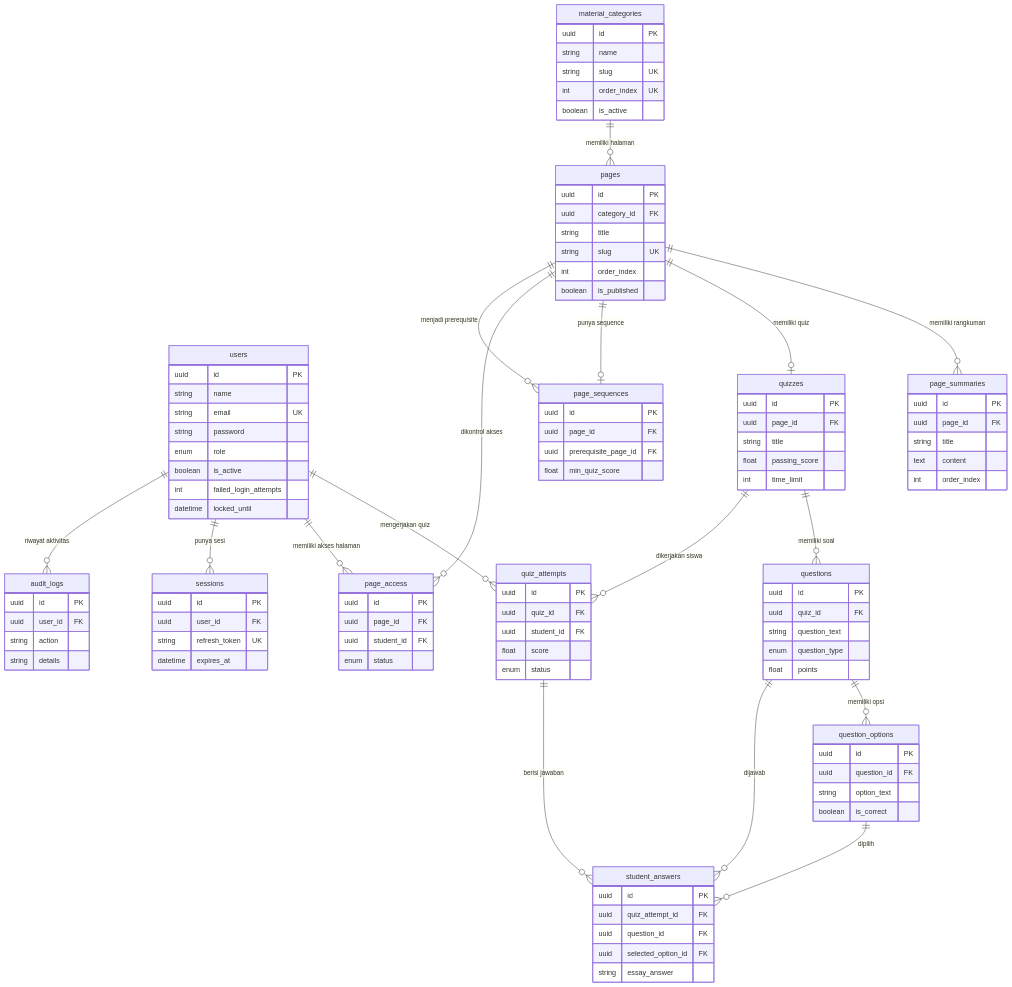
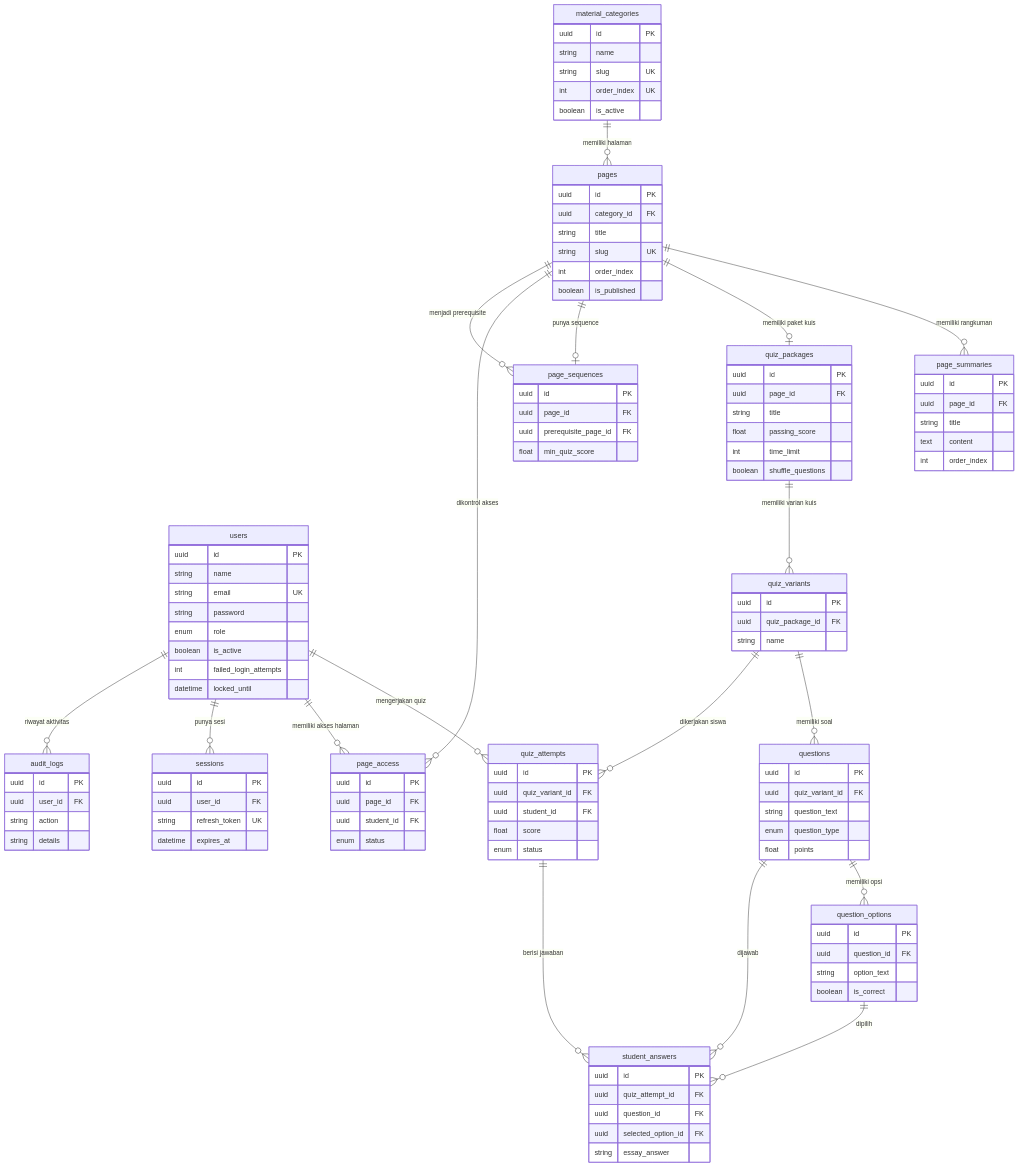
One commit to farhanyp/html-11-rpl-2 changed the first of 3 diagrams in docs/ERD_LMS.md. Above: the diagram before and after it, drawn with Mermaid. The commit also changed other lines of this file and 82 other files, not shown here.

```diff
--- a/docs/ERD_LMS.md
+++ b/docs/ERD_LMS.md
@@ -259,13 +269,14 @@
     material_categories ||--o{ pages : "memiliki halaman"
 
     pages ||--o{ page_summaries : "memiliki rangkuman"
-    pages ||--o| quizzes : "memiliki quiz"
+    pages ||--o| quiz_packages : "memiliki paket kuis"
+    quiz_packages ||--o{ quiz_variants : "memiliki varian kuis"
     pages ||--o| page_sequences : "punya sequence"
     pages ||--o{ page_access : "dikontrol akses"
     pages ||--o{ page_sequences : "menjadi prerequisite"
 
-    quizzes ||--o{ questions : "memiliki soal"
-    quizzes ||--o{ quiz_attempts : "dikerjakan siswa"
+    quiz_variants ||--o{ questions : "memiliki soal"
+    quiz_variants ||--o{ quiz_attempts : "dikerjakan siswa"
 
     questions ||--o{ question_options : "memiliki opsi"
     questions ||--o{ student_answers : "dijawab"
@@ -330,17 +341,23 @@
         float min_quiz_score
     }
 
-    quizzes {
+    quiz_packages {
         uuid id PK
         uuid page_id FK
         string title
         float passing_score
         int time_limit
+        boolean shuffle_questions    }
+
+    quiz_variants {
+        uuid id PK
+        uuid quiz_package_id FK
+        string name
     }
 
     questions {
         uuid id PK
-        uuid quiz_id FK
+        uuid quiz_variant_id FK
         string question_text
         enum question_type
         float points
@@ -355,7 +372,7 @@
 
     quiz_attempts {
         uuid id PK
-        uuid quiz_id FK
+        uuid quiz_variant_id FK
         uuid student_id FK
         float score
         enum status
```
